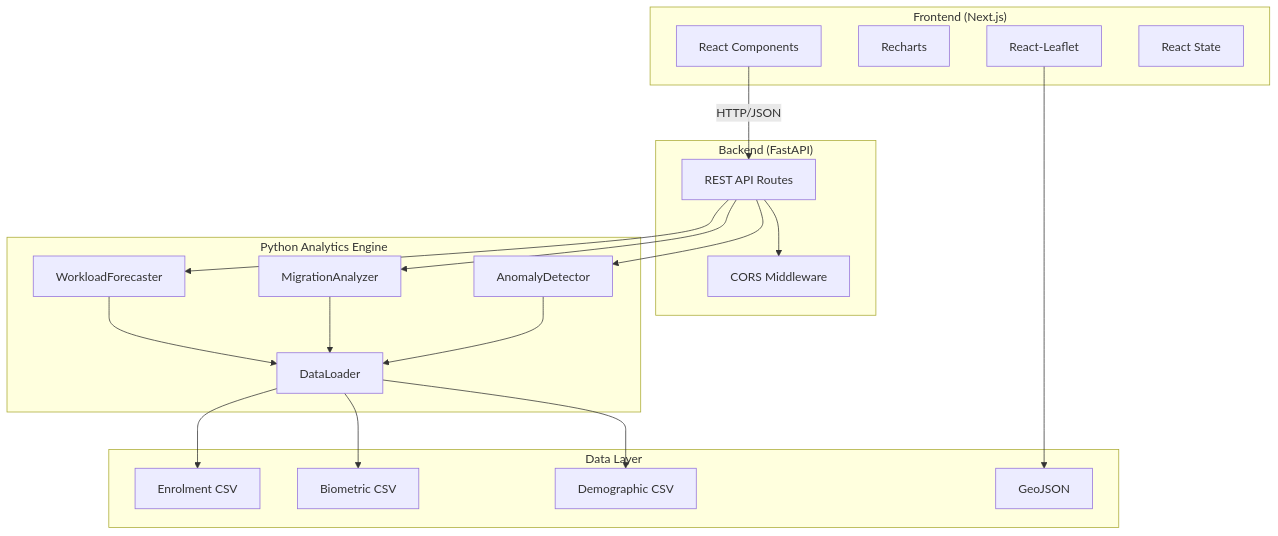
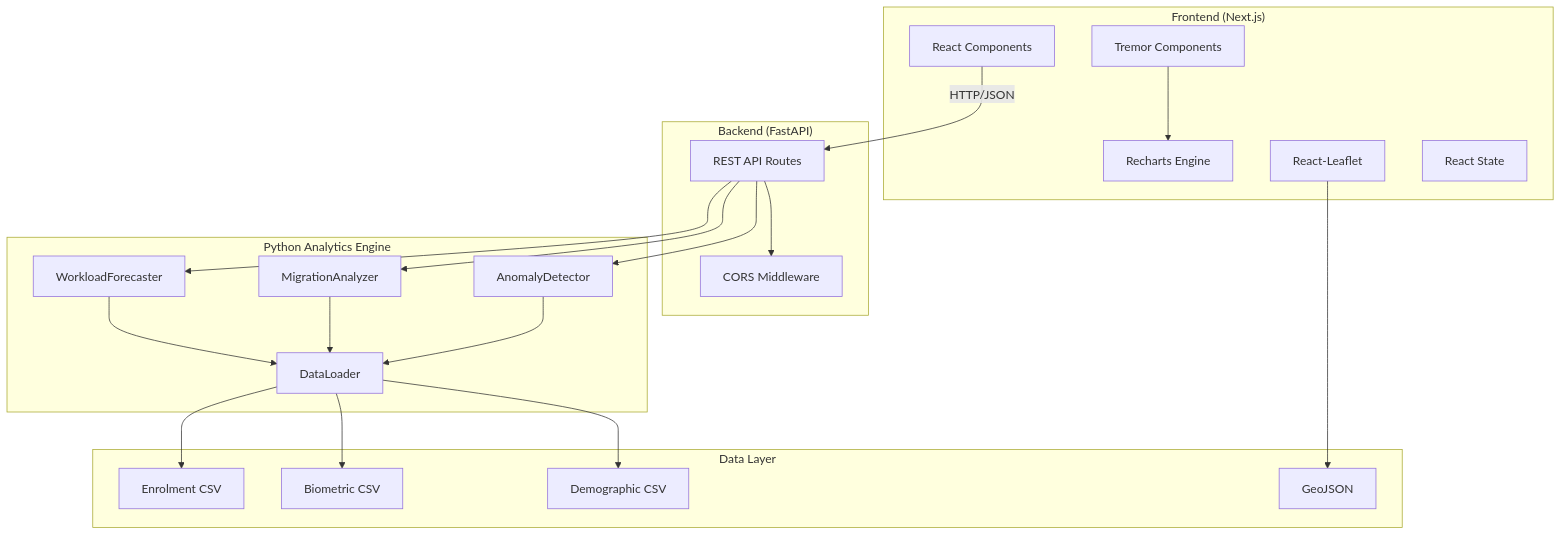
One commit to chakradhar09/UIDAI-Ops-Intel-Next-Gen-District-Operational-Intelligence changed the first of 2 diagrams in docs/ARCHITECTURE_V2.md. Above: the diagram before and after it, drawn with Mermaid. The commit also changed other lines of this file and 31 other files, not shown here.

````diff
--- a/docs/ARCHITECTURE_V2.md
+++ b/docs/ARCHITECTURE_V2.md
@@ -15,43 +15,45 @@
 ```mermaid
 graph TB
     subgraph Frontend["Frontend (Next.js)"]
         UI[React Components]
-        CHARTS[Recharts]
+        TREMOR[Tremor Components]
+        CHARTS[Recharts Engine]
         MAP[React-Leaflet]
         STATE[React State]
+        TREMOR --> CHARTS
     end
     
     subgraph Backend["Backend (FastAPI)"]
         API[REST API Routes]
         CORS[CORS Middleware]
     end
     
     subgraph Analytics["Python Analytics Engine"]
         WF[WorkloadForecaster]
         MA[MigrationAnalyzer]
         AD[AnomalyDetector]
         DL[DataLoader]
     end
     
     subgraph Data["Data Layer"]
         CSV1[Enrolment CSV]
         CSV2[Biometric CSV]
         CSV3[Demographic CSV]
         GEO[GeoJSON]
     end
     
     UI --> |HTTP/JSON| API
     API --> CORS
     API --> WF
     API --> MA
     API --> AD
     
     WF --> DL
     MA --> DL
     AD --> DL
     
     DL --> CSV1
     DL --> CSV2
     DL --> CSV3
     MAP --> GEO
 ```
````
